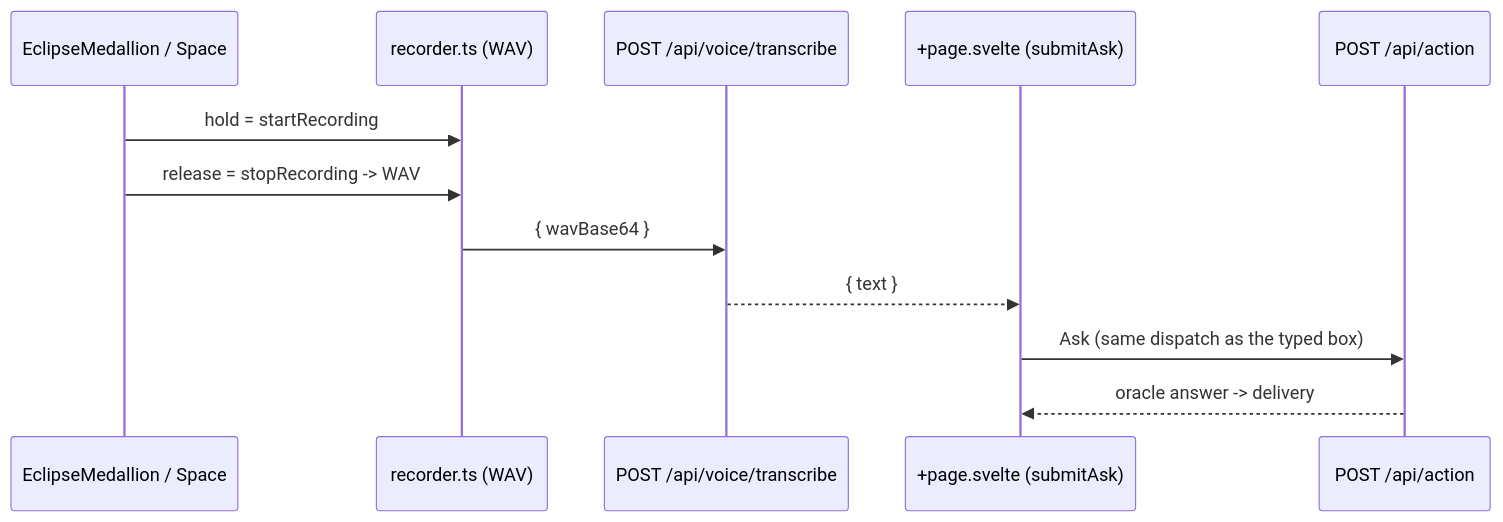
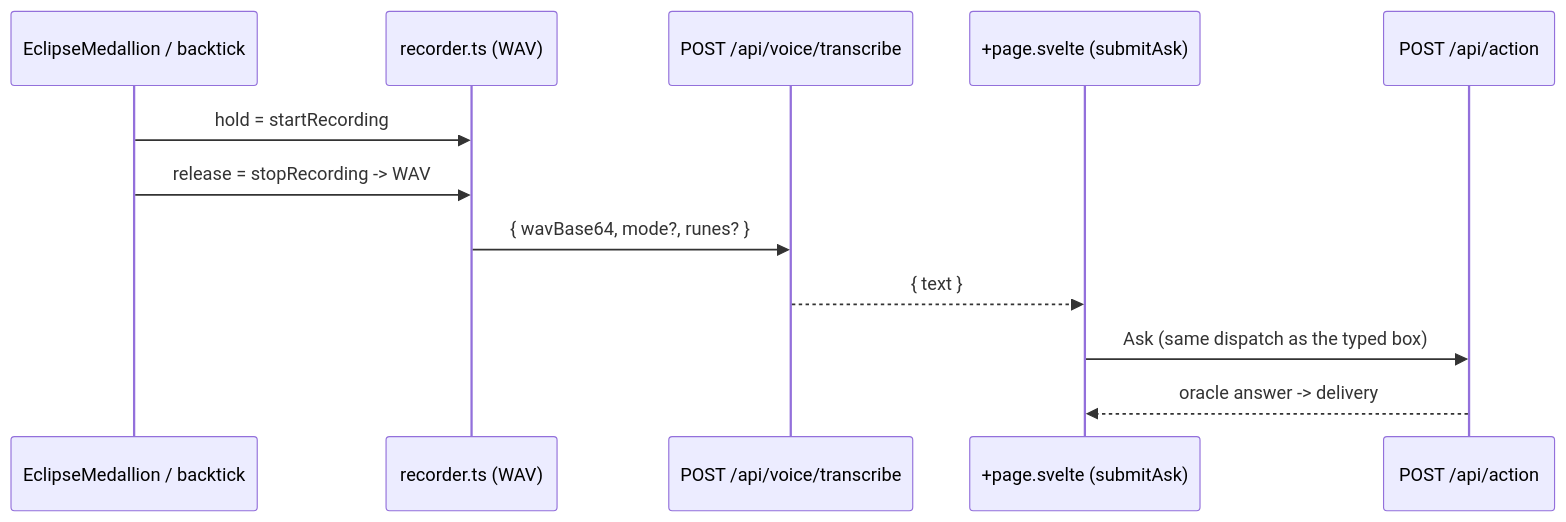
The fourth of 5 diagrams in docs/architecture.md (anchildress1/save-the-sun), drawn with Mermaid before and after one commit. The commit also changed other lines of this file and 73 other files, not shown here.

````diff
--- a/docs/architecture.md
+++ b/docs/architecture.md
@@ -156,18 +159,18 @@
 ```mermaid
 sequenceDiagram
     accTitle: Voice input - push-to-talk to a transcribed Ask
-    accDescr: Holding the medallion or Space records a WAV; release posts it to the transcribe route, which returns text; the page runs that text through the same Ask pipeline as the typed box.
+    accDescr: Holding the medallion or the backtick key records a WAV; release posts it to the transcribe route, which returns text; the page runs that text through the same Ask pipeline as the typed box.
 
-    participant Medallion as EclipseMedallion / Space
+    participant Medallion as EclipseMedallion / backtick
     participant Rec as recorder.ts (WAV)
     participant STT as POST /api/voice/transcribe
     participant Page as +page.svelte (submitAsk)
     participant Action as POST /api/action
 
     Medallion->>Rec: hold = startRecording
     Medallion->>Rec: release = stopRecording -> WAV
-    Rec->>STT: { wavBase64 }
+    Rec->>STT: { wavBase64, mode?, runes? }
     STT-->>Page: { text }
     Page->>Action: Ask (same dispatch as the typed box)
     Action-->>Page: oracle answer -> delivery
 ```
````
